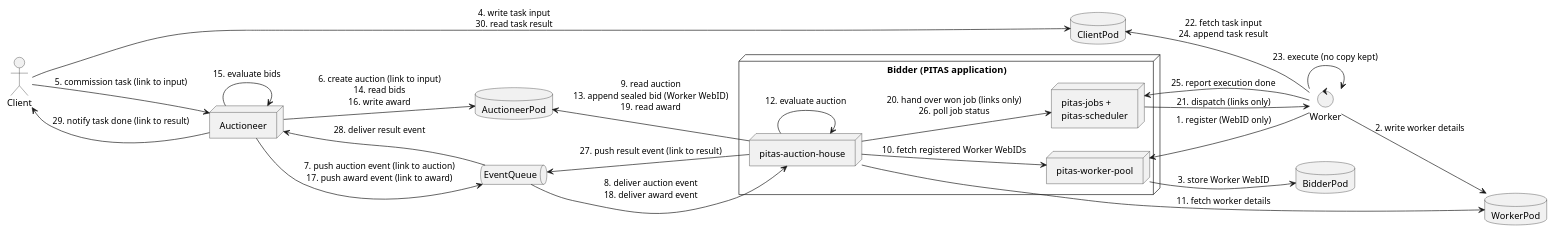
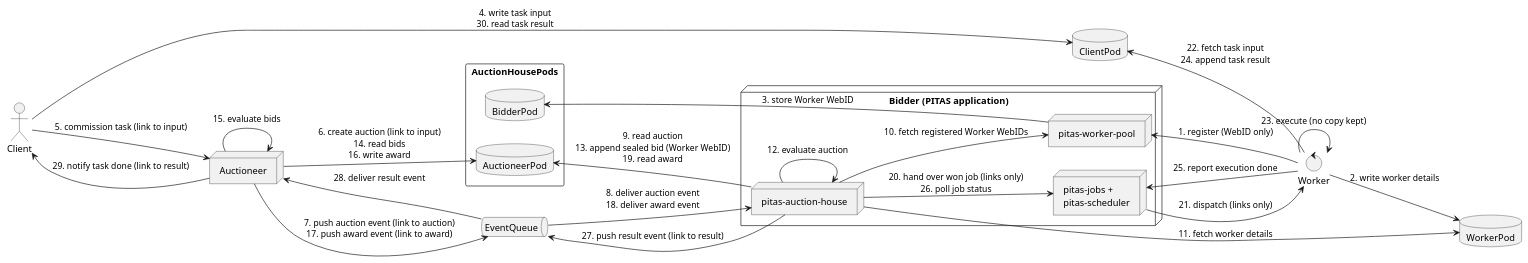
Before and after one commit to GiugAles/hyperdecks.github.io: the diagram in asse/e09-solid/img/sovereignty-deployment-minimal.puml, drawn with PlantUML.

Commit message:
feat(asse): group the auction house pods in the E9 diagram
Shows both as pods of PITAS applications without claiming a shared
server, which the sheet does not require.

```diff
--- a/asse/e09-solid/img/sovereignty-deployment-minimal.puml
+++ b/asse/e09-solid/img/sovereignty-deployment-minimal.puml
@@ -40,18 +40,31 @@
 ' https://github.com/Interactions-HSG/ASSE-Exercise-9/blob/270f04fab3f55f9debb8d1e8fdeeba597b9a23fd/main.tex#L242
 node Auctioneer
 
-' AuctioneerPod: mandated-by: the auction house publishes auctions "in its pod" (Task 3.2)
-' and has a bid container that only it may read (Task 4.3); Rule 3 moves
-' persistence to pods, and after a wipe the application rebuilds open
-' auctions and received bids from pods (Task 3.1).
-' https://github.com/Interactions-HSG/ASSE-Exercise-9/blob/270f04fab3f55f9debb8d1e8fdeeba597b9a23fd/main.tex#L178
-' Task 1.2 leaves the owner of bids and awards open; this diagram puts them
-' here because Task 4.3 describes the bid container as the auction house's.
-' https://github.com/Interactions-HSG/ASSE-Exercise-9/blob/270f04fab3f55f9debb8d1e8fdeeba597b9a23fd/main.tex#L241
-' https://github.com/Interactions-HSG/ASSE-Exercise-9/blob/270f04fab3f55f9debb8d1e8fdeeba597b9a23fd/main.tex#L277
-' https://github.com/Interactions-HSG/ASSE-Exercise-9/blob/270f04fab3f55f9debb8d1e8fdeeba597b9a23fd/main.tex#L234
-' https://github.com/Interactions-HSG/ASSE-Exercise-9/blob/270f04fab3f55f9debb8d1e8fdeeba597b9a23fd/main.tex#L188
-database AuctioneerPod
+' AuctionHousePods: grouped to show both as pods of PITAS applications; the
+' sheet does not mandate a shared server; it encourages several.
+' https://github.com/Interactions-HSG/ASSE-Exercise-9/blob/270f04fab3f55f9debb8d1e8fdeeba597b9a23fd/main.tex#L162
+rectangle AuctionHousePods {
+  ' AuctioneerPod: mandated-by: the auction house publishes auctions "in its pod" (Task 3.2)
+  ' and has a bid container that only it may read (Task 4.3); Rule 3 moves
+  ' persistence to pods, and after a wipe the application rebuilds open
+  ' auctions and received bids from pods (Task 3.1).
+  ' https://github.com/Interactions-HSG/ASSE-Exercise-9/blob/270f04fab3f55f9debb8d1e8fdeeba597b9a23fd/main.tex#L178
+  ' Task 1.2 leaves the owner of bids and awards open; this diagram puts them
+  ' here because Task 4.3 describes the bid container as the auction house's.
+  ' https://github.com/Interactions-HSG/ASSE-Exercise-9/blob/270f04fab3f55f9debb8d1e8fdeeba597b9a23fd/main.tex#L241
+  ' https://github.com/Interactions-HSG/ASSE-Exercise-9/blob/270f04fab3f55f9debb8d1e8fdeeba597b9a23fd/main.tex#L277
+  ' https://github.com/Interactions-HSG/ASSE-Exercise-9/blob/270f04fab3f55f9debb8d1e8fdeeba597b9a23fd/main.tex#L234
+  ' https://github.com/Interactions-HSG/ASSE-Exercise-9/blob/270f04fab3f55f9debb8d1e8fdeeba597b9a23fd/main.tex#L188
+  database AuctioneerPod
+
+  ' BidderPod: mandated-by: Rule 3 moves persistence to pods; Task 3.1 names
+  ' worker IDs as persistent data for pods, and after a wipe the application
+  ' rebuilds its registered workers from pods. The registry holds WebIDs only.
+  ' https://github.com/Interactions-HSG/ASSE-Exercise-9/blob/270f04fab3f55f9debb8d1e8fdeeba597b9a23fd/main.tex#L178
+  ' https://github.com/Interactions-HSG/ASSE-Exercise-9/blob/270f04fab3f55f9debb8d1e8fdeeba597b9a23fd/main.tex#L232
+  ' https://github.com/Interactions-HSG/ASSE-Exercise-9/blob/270f04fab3f55f9debb8d1e8fdeeba597b9a23fd/main.tex#L234
+  database BidderPod
+}
 
 ' EventQueue: not mandated. It is the event plane from Exercise 8; the sheet
 ' asks whether to keep it next to Solid (Task 5).
@@ -69,14 +82,6 @@
   ' pitas-jobs + pitas-scheduler: not mandated; groups' code.
   node "pitas-jobs +\npitas-scheduler" as BidderJobs
 }
-
-' BidderPod: mandated-by: Rule 3 moves persistence to pods; Task 3.1 names
-' worker IDs as persistent data for pods, and after a wipe the application
-' rebuilds its registered workers from pods. The registry holds WebIDs only.
-' https://github.com/Interactions-HSG/ASSE-Exercise-9/blob/270f04fab3f55f9debb8d1e8fdeeba597b9a23fd/main.tex#L178
-' https://github.com/Interactions-HSG/ASSE-Exercise-9/blob/270f04fab3f55f9debb8d1e8fdeeba597b9a23fd/main.tex#L232
-' https://github.com/Interactions-HSG/ASSE-Exercise-9/blob/270f04fab3f55f9debb8d1e8fdeeba597b9a23fd/main.tex#L234
-database BidderPod
 
 ' Worker and WorkerPod: mandated-by: Rule 2 keeps worker details in the worker's pod;
 ' Task 1.1 states that the rules require workers to have pods.
```
